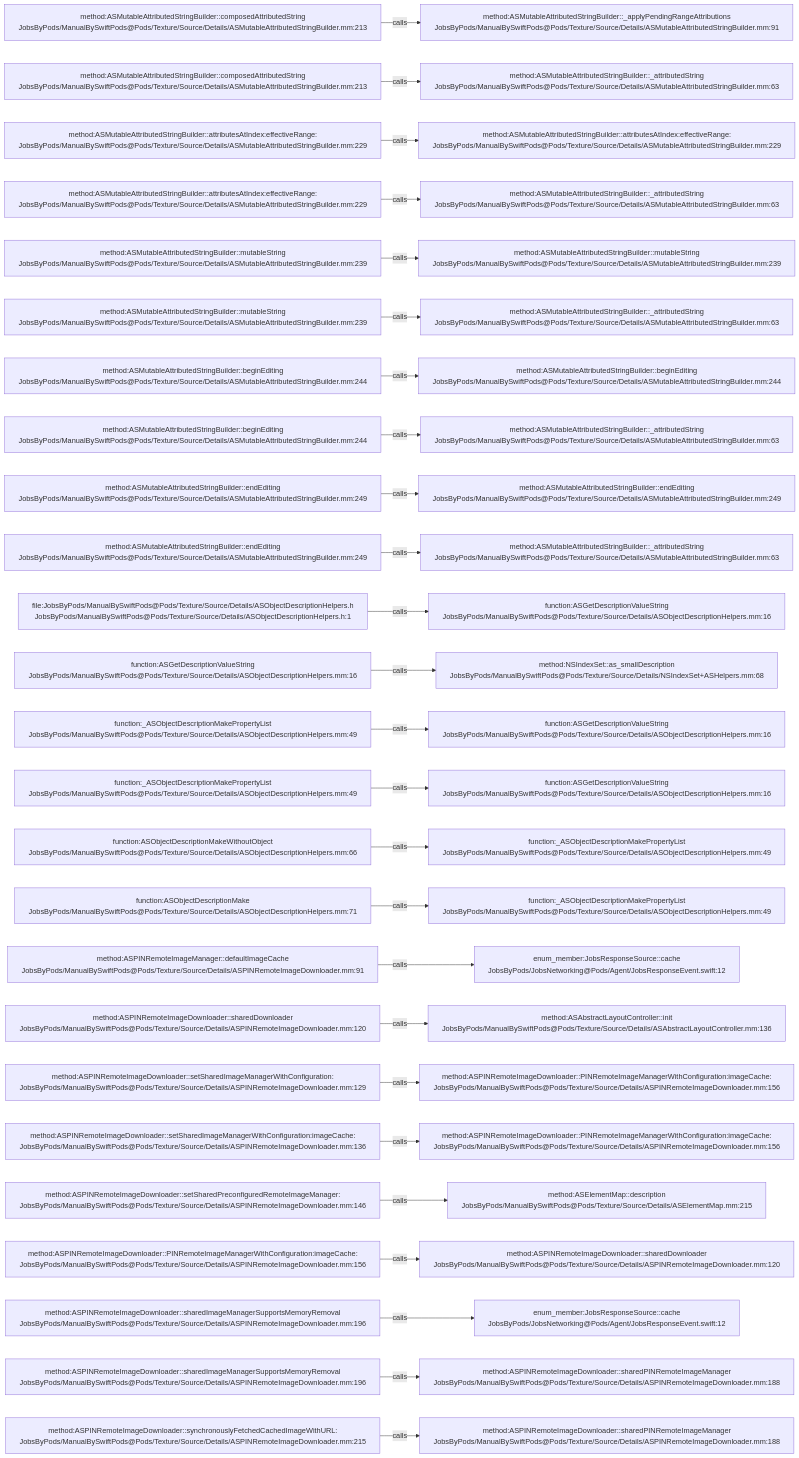
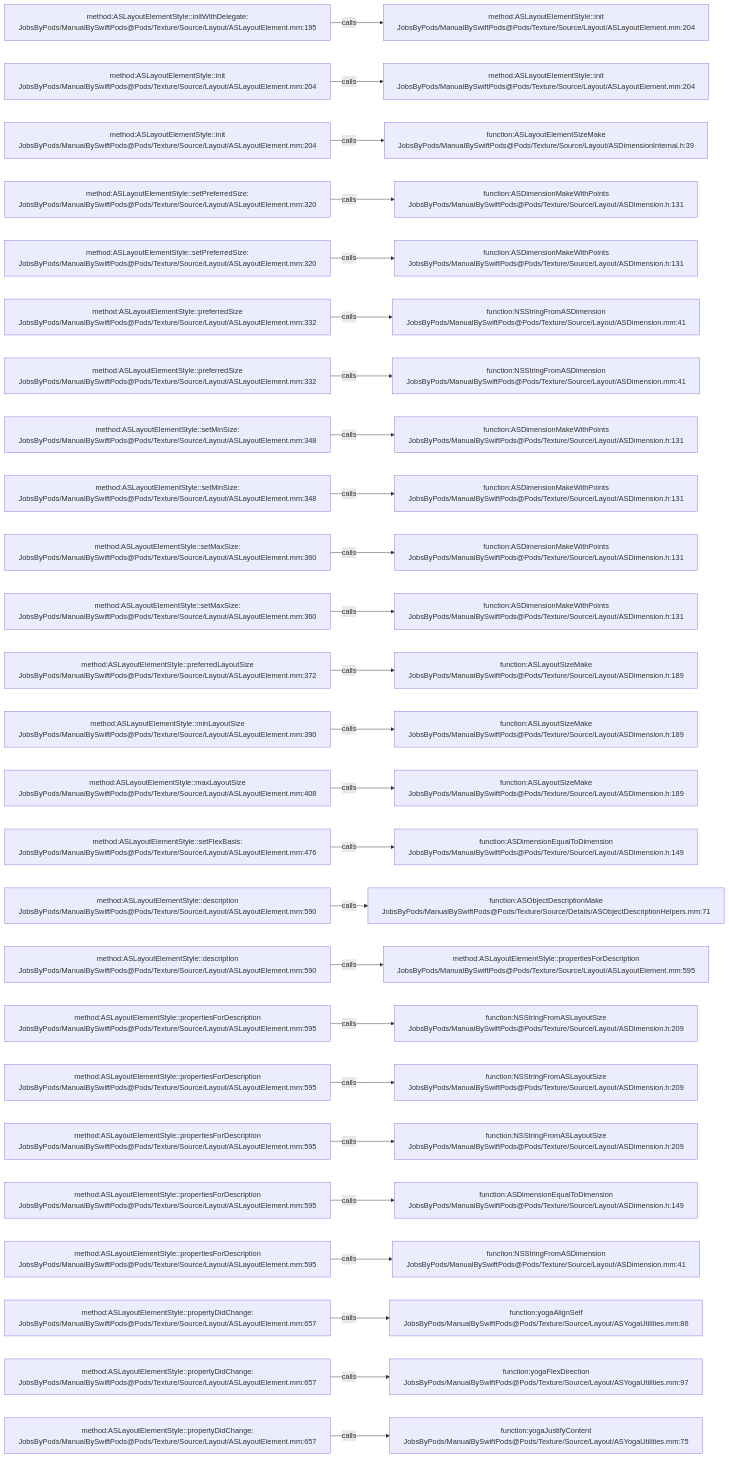
Before and after one commit to JobsKits/JobsSwiftBaseConfigDemo: the diagram in .codegraph/codegraph.md/graphs/calls-110.md, drawn with Mermaid. The commit also changed 832 other files, not shown here.

````diff
--- a/.codegraph/codegraph.md/graphs/calls-110.md
+++ b/.codegraph/codegraph.md/graphs/calls-110.md
@@ -13,78 +13,78 @@
 ```mermaid
 flowchart LR
-  S1["method:ASMutableAttributedStringBuilder::composedAttributedString<br/>JobsByPods/ManualBySwiftPods@Pods/Texture/Source/Details/ASMutableAttributedStringBuilder.mm:213"]
-  T1["method:ASMutableAttributedStringBuilder::_applyPendingRangeAttributions<br/>JobsByPods/ManualBySwiftPods@Pods/Texture/Source/Details/ASMutableAttributedStringBuilder.mm:91"]
+  S1["method:ASLayoutElementStyle::initWithDelegate:<br/>JobsByPods/ManualBySwiftPods@Pods/Texture/Source/Layout/ASLayoutElement.mm:195"]
+  T1["method:ASLayoutElementStyle::init<br/>JobsByPods/ManualBySwiftPods@Pods/Texture/Source/Layout/ASLayoutElement.mm:204"]
   S1 -->|calls| T1
-  S2["method:ASMutableAttributedStringBuilder::composedAttributedString<br/>JobsByPods/ManualBySwiftPods@Pods/Texture/Source/Details/ASMutableAttributedStringBuilder.mm:213"]
-  T2["method:ASMutableAttributedStringBuilder::_attributedString<br/>JobsByPods/ManualBySwiftPods@Pods/Texture/Source/Details/ASMutableAttributedStringBuilder.mm:63"]
+  S2["method:ASLayoutElementStyle::init<br/>JobsByPods/ManualBySwiftPods@Pods/Texture/Source/Layout/ASLayoutElement.mm:204"]
+  T2["method:ASLayoutElementStyle::init<br/>JobsByPods/ManualBySwiftPods@Pods/Texture/Source/Layout/ASLayoutElement.mm:204"]
   S2 -->|calls| T2
-  S3["method:ASMutableAttributedStringBuilder::attributesAtIndex:effectiveRange:<br/>JobsByPods/ManualBySwiftPods@Pods/Texture/Source/Details/ASMutableAttributedStringBuilder.mm:229"]
-  T3["method:ASMutableAttributedStringBuilder::attributesAtIndex:effectiveRange:<br/>JobsByPods/ManualBySwiftPods@Pods/Texture/Source/Details/ASMutableAttributedStringBuilder.mm:229"]
+  S3["method:ASLayoutElementStyle::init<br/>JobsByPods/ManualBySwiftPods@Pods/Texture/Source/Layout/ASLayoutElement.mm:204"]
+  T3["function:ASLayoutElementSizeMake<br/>JobsByPods/ManualBySwiftPods@Pods/Texture/Source/Layout/ASDimensionInternal.h:39"]
   S3 -->|calls| T3
-  S4["method:ASMutableAttributedStringBuilder::attributesAtIndex:effectiveRange:<br/>JobsByPods/ManualBySwiftPods@Pods/Texture/Source/Details/ASMutableAttributedStringBuilder.mm:229"]
-  T4["method:ASMutableAttributedStringBuilder::_attributedString<br/>JobsByPods/ManualBySwiftPods@Pods/Texture/Source/Details/ASMutableAttributedStringBuilder.mm:63"]
+  S4["method:ASLayoutElementStyle::setPreferredSize:<br/>JobsByPods/ManualBySwiftPods@Pods/Texture/Source/Layout/ASLayoutElement.mm:320"]
+  T4["function:ASDimensionMakeWithPoints<br/>JobsByPods/ManualBySwiftPods@Pods/Texture/Source/Layout/ASDimension.h:131"]
   S4 -->|calls| T4
-  S5["method:ASMutableAttributedStringBuilder::mutableString<br/>JobsByPods/ManualBySwiftPods@Pods/Texture/Source/Details/ASMutableAttributedStringBuilder.mm:239"]
-  T5["method:ASMutableAttributedStringBuilder::mutableString<br/>JobsByPods/ManualBySwiftPods@Pods/Texture/Source/Details/ASMutableAttributedStringBuilder.mm:239"]
+  S5["method:ASLayoutElementStyle::setPreferredSize:<br/>JobsByPods/ManualBySwiftPods@Pods/Texture/Source/Layout/ASLayoutElement.mm:320"]
+  T5["function:ASDimensionMakeWithPoints<br/>JobsByPods/ManualBySwiftPods@Pods/Texture/Source/Layout/ASDimension.h:131"]
   S5 -->|calls| T5
-  S6["method:ASMutableAttributedStringBuilder::mutableString<br/>JobsByPods/ManualBySwiftPods@Pods/Texture/Source/Details/ASMutableAttributedStringBuilder.mm:239"]
-  T6["method:ASMutableAttributedStringBuilder::_attributedString<br/>JobsByPods/ManualBySwiftPods@Pods/Texture/Source/Details/ASMutableAttributedStringBuilder.mm:63"]
+  S6["method:ASLayoutElementStyle::preferredSize<br/>JobsByPods/ManualBySwiftPods@Pods/Texture/Source/Layout/ASLayoutElement.mm:332"]
+  T6["function:NSStringFromASDimension<br/>JobsByPods/ManualBySwiftPods@Pods/Texture/Source/Layout/ASDimension.mm:41"]
   S6 -->|calls| T6
-  S7["method:ASMutableAttributedStringBuilder::beginEditing<br/>JobsByPods/ManualBySwiftPods@Pods/Texture/Source/Details/ASMutableAttributedStringBuilder.mm:244"]
-  T7["method:ASMutableAttributedStringBuilder::beginEditing<br/>JobsByPods/ManualBySwiftPods@Pods/Texture/Source/Details/ASMutableAttributedStringBuilder.mm:244"]
+  S7["method:ASLayoutElementStyle::preferredSize<br/>JobsByPods/ManualBySwiftPods@Pods/Texture/Source/Layout/ASLayoutElement.mm:332"]
+  T7["function:NSStringFromASDimension<br/>JobsByPods/ManualBySwiftPods@Pods/Texture/Source/Layout/ASDimension.mm:41"]
   S7 -->|calls| T7
-  S8["method:ASMutableAttributedStringBuilder::beginEditing<br/>JobsByPods/ManualBySwiftPods@Pods/Texture/Source/Details/ASMutableAttributedStringBuilder.mm:244"]
-  T8["method:ASMutableAttributedStringBuilder::_attributedString<br/>JobsByPods/ManualBySwiftPods@Pods/Texture/Source/Details/ASMutableAttributedStringBuilder.mm:63"]
+  S8["method:ASLayoutElementStyle::setMinSize:<br/>JobsByPods/ManualBySwiftPods@Pods/Texture/Source/Layout/ASLayoutElement.mm:348"]
+  T8["function:ASDimensionMakeWithPoints<br/>JobsByPods/ManualBySwiftPods@Pods/Texture/Source/Layout/ASDimension.h:131"]
   S8 -->|calls| T8
-  S9["method:ASMutableAttributedStringBuilder::endEditing<br/>JobsByPods/ManualBySwiftPods@Pods/Texture/Source/Details/ASMutableAttributedStringBuilder.mm:249"]
-  T9["method:ASMutableAttributedStringBuilder::endEditing<br/>JobsByPods/ManualBySwiftPods@Pods/Texture/Source/Details/ASMutableAttributedStringBuilder.mm:249"]
+  S9["method:ASLayoutElementStyle::setMinSize:<br/>JobsByPods/ManualBySwiftPods@Pods/Texture/Source/Layout/ASLayoutElement.mm:348"]
+  T9["function:ASDimensionMakeWithPoints<br/>JobsByPods/ManualBySwiftPods@Pods/Texture/Source/Layout/ASDimension.h:131"]
   S9 -->|calls| T9
-  S10["method:ASMutableAttributedStringBuilder::endEditing<br/>JobsByPods/ManualBySwiftPods@Pods/Texture/Source/Details/ASMutableAttributedStringBuilder.mm:249"]
-  T10["method:ASMutableAttributedStringBuilder::_attributedString<br/>JobsByPods/ManualBySwiftPods@Pods/Texture/Source/Details/ASMutableAttributedStringBuilder.mm:63"]
+  S10["method:ASLayoutElementStyle::setMaxSize:<br/>JobsByPods/ManualBySwiftPods@Pods/Texture/Source/Layout/ASLayoutElement.mm:360"]
+  T10["function:ASDimensionMakeWithPoints<br/>JobsByPods/ManualBySwiftPods@Pods/Texture/Source/Layout/ASDimension.h:131"]
   S10 -->|calls| T10
-  S11["file:JobsByPods/ManualBySwiftPods@Pods/Texture/Source/Details/ASObjectDescriptionHelpers.h<br/>JobsByPods/ManualBySwiftPods@Pods/Texture/Source/Details/ASObjectDescriptionHelpers.h:1"]
-  T11["function:ASGetDescriptionValueString<br/>JobsByPods/ManualBySwiftPods@Pods/Texture/Source/Details/ASObjectDescriptionHelpers.mm:16"]
+  S11["method:ASLayoutElementStyle::setMaxSize:<br/>JobsByPods/ManualBySwiftPods@Pods/Texture/Source/Layout/ASLayoutElement.mm:360"]
+  T11["function:ASDimensionMakeWithPoints<br/>JobsByPods/ManualBySwiftPods@Pods/Texture/Source/Layout/ASDimension.h:131"]
   S11 -->|calls| T11
-  S12["function:ASGetDescriptionValueString<br/>JobsByPods/ManualBySwiftPods@Pods/Texture/Source/Details/ASObjectDescriptionHelpers.mm:16"]
-  T12["method:NSIndexSet::as_smallDescription<br/>JobsByPods/ManualBySwiftPods@Pods/Texture/Source/Details/NSIndexSet+ASHelpers.mm:68"]
+  S12["method:ASLayoutElementStyle::preferredLayoutSize<br/>JobsByPods/ManualBySwiftPods@Pods/Texture/Source/Layout/ASLayoutElement.mm:372"]
+  T12["function:ASLayoutSizeMake<br/>JobsByPods/ManualBySwiftPods@Pods/Texture/Source/Layout/ASDimension.h:189"]
   S12 -->|calls| T12
-  S13["function:_ASObjectDescriptionMakePropertyList<br/>JobsByPods/ManualBySwiftPods@Pods/Texture/Source/Details/ASObjectDescriptionHelpers.mm:49"]
-  T13["function:ASGetDescriptionValueString<br/>JobsByPods/ManualBySwiftPods@Pods/Texture/Source/Details/ASObjectDescriptionHelpers.mm:16"]
+  S13["method:ASLayoutElementStyle::minLayoutSize<br/>JobsByPods/ManualBySwiftPods@Pods/Texture/Source/Layout/ASLayoutElement.mm:390"]
+  T13["function:ASLayoutSizeMake<br/>JobsByPods/ManualBySwiftPods@Pods/Texture/Source/Layout/ASDimension.h:189"]
   S13 -->|calls| T13
-  S14["function:_ASObjectDescriptionMakePropertyList<br/>JobsByPods/ManualBySwiftPods@Pods/Texture/Source/Details/ASObjectDescriptionHelpers.mm:49"]
-  T14["function:ASGetDescriptionValueString<br/>JobsByPods/ManualBySwiftPods@Pods/Texture/Source/Details/ASObjectDescriptionHelpers.mm:16"]
+  S14["method:ASLayoutElementStyle::maxLayoutSize<br/>JobsByPods/ManualBySwiftPods@Pods/Texture/Source/Layout/ASLayoutElement.mm:408"]
+  T14["function:ASLayoutSizeMake<br/>JobsByPods/ManualBySwiftPods@Pods/Texture/Source/Layout/ASDimension.h:189"]
   S14 -->|calls| T14
-  S15["function:ASObjectDescriptionMakeWithoutObject<br/>JobsByPods/ManualBySwiftPods@Pods/Texture/Source/Details/ASObjectDescriptionHelpers.mm:66"]
-  T15["function:_ASObjectDescriptionMakePropertyList<br/>JobsByPods/ManualBySwiftPods@Pods/Texture/Source/Details/ASObjectDescriptionHelpers.mm:49"]
+  S15["method:ASLayoutElementStyle::setFlexBasis:<br/>JobsByPods/ManualBySwiftPods@Pods/Texture/Source/Layout/ASLayoutElement.mm:476"]
+  T15["function:ASDimensionEqualToDimension<br/>JobsByPods/ManualBySwiftPods@Pods/Texture/Source/Layout/ASDimension.h:149"]
   S15 -->|calls| T15
-  S16["function:ASObjectDescriptionMake<br/>JobsByPods/ManualBySwiftPods@Pods/Texture/Source/Details/ASObjectDescriptionHelpers.mm:71"]
-  T16["function:_ASObjectDescriptionMakePropertyList<br/>JobsByPods/ManualBySwiftPods@Pods/Texture/Source/Details/ASObjectDescriptionHelpers.mm:49"]
+  S16["method:ASLayoutElementStyle::description<br/>JobsByPods/ManualBySwiftPods@Pods/Texture/Source/Layout/ASLayoutElement.mm:590"]
+  T16["function:ASObjectDescriptionMake<br/>JobsByPods/ManualBySwiftPods@Pods/Texture/Source/Details/ASObjectDescriptionHelpers.mm:71"]
   S16 -->|calls| T16
-  S17["method:ASPINRemoteImageManager::defaultImageCache<br/>JobsByPods/ManualBySwiftPods@Pods/Texture/Source/Details/ASPINRemoteImageDownloader.mm:91"]
-  T17["enum_member:JobsResponseSource::cache<br/>JobsByPods/JobsNetworking@Pods/Agent/JobsResponseEvent.swift:12"]
+  S17["method:ASLayoutElementStyle::description<br/>JobsByPods/ManualBySwiftPods@Pods/Texture/Source/Layout/ASLayoutElement.mm:590"]
+  T17["method:ASLayoutElementStyle::propertiesForDescription<br/>JobsByPods/ManualBySwiftPods@Pods/Texture/Source/Layout/ASLayoutElement.mm:595"]
   S17 -->|calls| T17
-  S18["method:ASPINRemoteImageDownloader::sharedDownloader<br/>JobsByPods/ManualBySwiftPods@Pods/Texture/Source/Details/ASPINRemoteImageDownloader.mm:120"]
-  T18["method:ASAbstractLayoutController::init<br/>JobsByPods/ManualBySwiftPods@Pods/Texture/Source/Details/ASAbstractLayoutController.mm:136"]
+  S18["method:ASLayoutElementStyle::propertiesForDescription<br/>JobsByPods/ManualBySwiftPods@Pods/Texture/Source/Layout/ASLayoutElement.mm:595"]
+  T18["function:NSStringFromASLayoutSize<br/>JobsByPods/ManualBySwiftPods@Pods/Texture/Source/Layout/ASDimension.h:209"]
   S18 -->|calls| T18
-  S19["method:ASPINRemoteImageDownloader::setSharedImageManagerWithConfiguration:<br/>JobsByPods/ManualBySwiftPods@Pods/Texture/Source/Details/ASPINRemoteImageDownloader.mm:129"]
-  T19["method:ASPINRemoteImageDownloader::PINRemoteImageManagerWithConfiguration:imageCache:<br/>JobsByPods/ManualBySwiftPods@Pods/Texture/Source/Details/ASPINRemoteImageDownloader.mm:156"]
+  S19["method:ASLayoutElementStyle::propertiesForDescription<br/>JobsByPods/ManualBySwiftPods@Pods/Texture/Source/Layout/ASLayoutElement.mm:595"]
+  T19["function:NSStringFromASLayoutSize<br/>JobsByPods/ManualBySwiftPods@Pods/Texture/Source/Layout/ASDimension.h:209"]
   S19 -->|calls| T19
-  S20["method:ASPINRemoteImageDownloader::setSharedImageManagerWithConfiguration:imageCache:<br/>JobsByPods/ManualBySwiftPods@Pods/Texture/Source/Details/ASPINRemoteImageDownloader.mm:136"]
-  T20["method:ASPINRemoteImageDownloader::PINRemoteImageManagerWithConfiguration:imageCache:<br/>JobsByPods/ManualBySwiftPods@Pods/Texture/Source/Details/ASPINRemoteImageDownloader.mm:156"]
+  S20["method:ASLayoutElementStyle::propertiesForDescription<br/>JobsByPods/ManualBySwiftPods@Pods/Texture/Source/Layout/ASLayoutElement.mm:595"]
+  T20["function:NSStringFromASLayoutSize<br/>JobsByPods/ManualBySwiftPods@Pods/Texture/Source/Layout/ASDimension.h:209"]
   S20 -->|calls| T20
-  S21["method:ASPINRemoteImageDownloader::setSharedPreconfiguredRemoteImageManager:<br/>JobsByPods/ManualBySwiftPods@Pods/Texture/Source/Details/ASPINRemoteImageDownloader.mm:146"]
-  T21["method:ASElementMap::description<br/>JobsByPods/ManualBySwiftPods@Pods/Texture/Source/Details/ASElementMap.mm:215"]
+  S21["method:ASLayoutElementStyle::propertiesForDescription<br/>JobsByPods/ManualBySwiftPods@Pods/Texture/Source/Layout/ASLayoutElement.mm:595"]
+  T21["function:ASDimensionEqualToDimension<br/>JobsByPods/ManualBySwiftPods@Pods/Texture/Source/Layout/ASDimension.h:149"]
   S21 -->|calls| T21
-  S22["method:ASPINRemoteImageDownloader::PINRemoteImageManagerWithConfiguration:imageCache:<br/>JobsByPods/ManualBySwiftPods@Pods/Texture/Source/Details/ASPINRemoteImageDownloader.mm:156"]
-  T22["method:ASPINRemoteImageDownloader::sharedDownloader<br/>JobsByPods/ManualBySwiftPods@Pods/Texture/Source/Details/ASPINRemoteImageDownloader.mm:120"]
+  S22["method:ASLayoutElementStyle::propertiesForDescription<br/>JobsByPods/ManualBySwiftPods@Pods/Texture/Source/Layout/ASLayoutElement.mm:595"]
+  T22["function:NSStringFromASDimension<br/>JobsByPods/ManualBySwiftPods@Pods/Texture/Source/Layout/ASDimension.mm:41"]
   S22 -->|calls| T22
-  S23["method:ASPINRemoteImageDownloader::sharedImageManagerSupportsMemoryRemoval<br/>JobsByPods/ManualBySwiftPods@Pods/Texture/Source/Details/ASPINRemoteImageDownloader.mm:196"]
-  T23["enum_member:JobsResponseSource::cache<br/>JobsByPods/JobsNetworking@Pods/Agent/JobsResponseEvent.swift:12"]
+  S23["method:ASLayoutElementStyle::propertyDidChange:<br/>JobsByPods/ManualBySwiftPods@Pods/Texture/Source/Layout/ASLayoutElement.mm:657"]
+  T23["function:yogaAlignSelf<br/>JobsByPods/ManualBySwiftPods@Pods/Texture/Source/Layout/ASYogaUtilities.mm:86"]
   S23 -->|calls| T23
-  S24["method:ASPINRemoteImageDownloader::sharedImageManagerSupportsMemoryRemoval<br/>JobsByPods/ManualBySwiftPods@Pods/Texture/Source/Details/ASPINRemoteImageDownloader.mm:196"]
-  T24["method:ASPINRemoteImageDownloader::sharedPINRemoteImageManager<br/>JobsByPods/ManualBySwiftPods@Pods/Texture/Source/Details/ASPINRemoteImageDownloader.mm:188"]
+  S24["method:ASLayoutElementStyle::propertyDidChange:<br/>JobsByPods/ManualBySwiftPods@Pods/Texture/Source/Layout/ASLayoutElement.mm:657"]
+  T24["function:yogaFlexDirection<br/>JobsByPods/ManualBySwiftPods@Pods/Texture/Source/Layout/ASYogaUtilities.mm:97"]
   S24 -->|calls| T24
-  S25["method:ASPINRemoteImageDownloader::synchronouslyFetchedCachedImageWithURL:<br/>JobsByPods/ManualBySwiftPods@Pods/Texture/Source/Details/ASPINRemoteImageDownloader.mm:215"]
-  T25["method:ASPINRemoteImageDownloader::sharedPINRemoteImageManager<br/>JobsByPods/ManualBySwiftPods@Pods/Texture/Source/Details/ASPINRemoteImageDownloader.mm:188"]
+  S25["method:ASLayoutElementStyle::propertyDidChange:<br/>JobsByPods/ManualBySwiftPods@Pods/Texture/Source/Layout/ASLayoutElement.mm:657"]
+  T25["function:yogaJustifyContent<br/>JobsByPods/ManualBySwiftPods@Pods/Texture/Source/Layout/ASYogaUtilities.mm:75"]
   S25 -->|calls| T25
 ```
````
